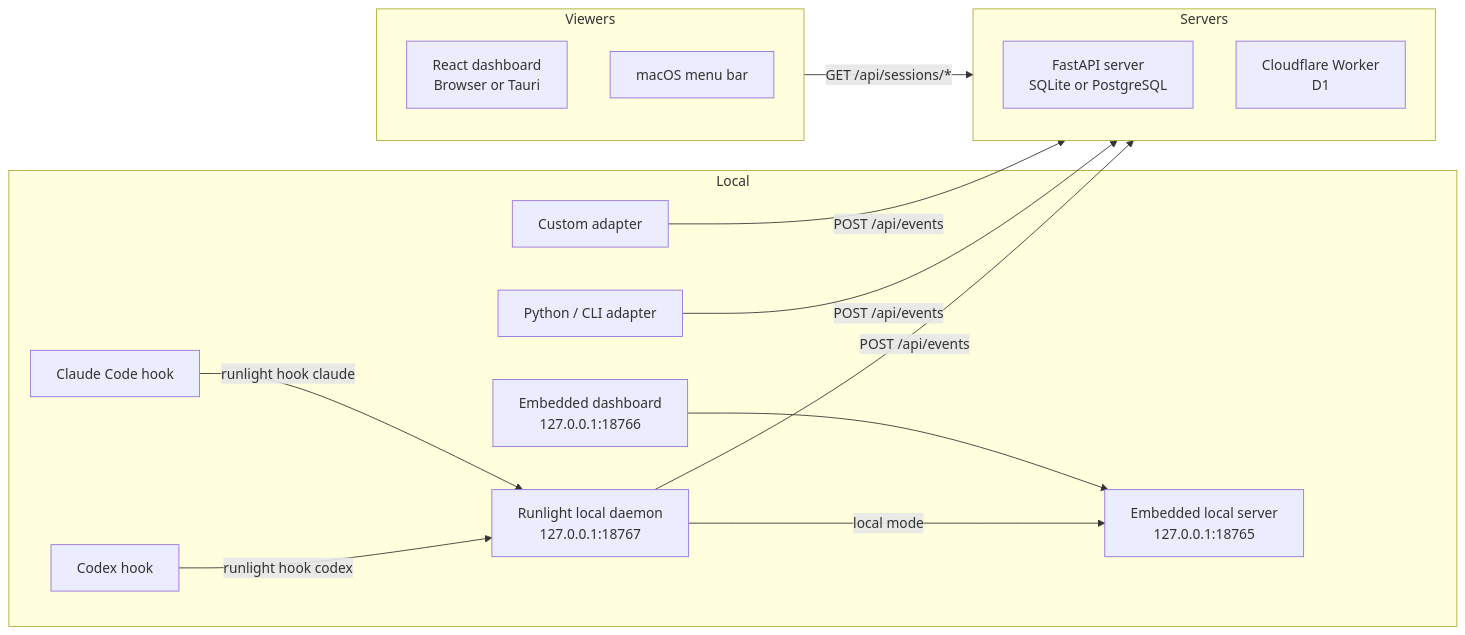
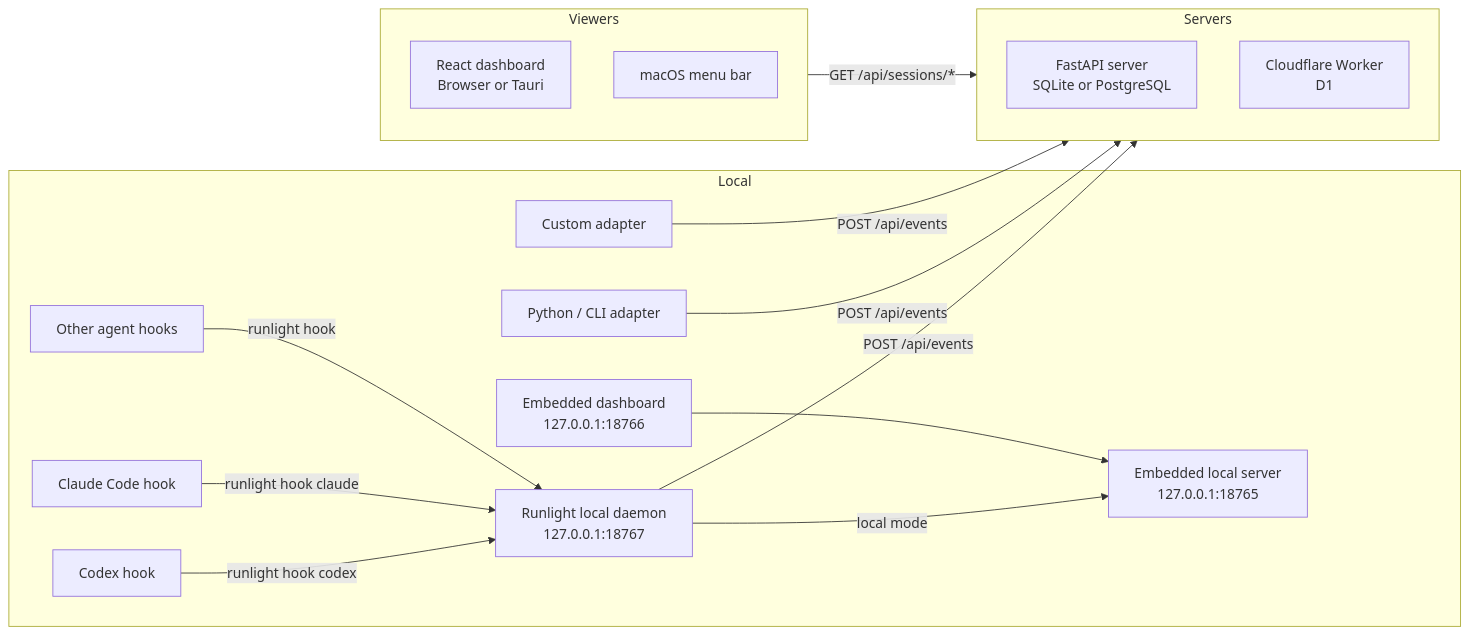
Before and after one commit to Renaissance-Mind/Runlight: the diagram in README.md, drawn with Mermaid. The commit also changed other lines of this file and 21 other files, not shown here.

````diff
--- a/README.md
+++ b/README.md
@@ -55,31 +56,33 @@
 ```mermaid
 flowchart LR
   subgraph Local
     Codex["Codex hook"]
     Claude["Claude Code hook"]
+    Agents["Other agent hooks"]
     Daemon["Runlight local daemon<br/>127.0.0.1:18767"]
     LocalServer["Embedded local server<br/>127.0.0.1:18765"]
     LocalDashboard["Embedded dashboard<br/>127.0.0.1:18766"]
     Python["Python / CLI adapter"]
     Custom["Custom adapter"]
   end
 
   subgraph Servers
     FastAPI["FastAPI server<br/>SQLite or PostgreSQL"]
     Worker["Cloudflare Worker<br/>D1"]
   end
 
   subgraph Viewers
     Dashboard["React dashboard<br/>Browser or Tauri"]
     Menubar["macOS menu bar"]
   end
 
   Codex -->|"runlight hook codex"| Daemon
   Claude -->|"runlight hook claude"| Daemon
+  Agents -->|"runlight hook <agent>"| Daemon
   Daemon -->|"local mode"| LocalServer
   LocalDashboard --> LocalServer
   Daemon -->|"POST /api/events"| Servers
   Python -->|"POST /api/events"| Servers
   Custom -->|"POST /api/events"| Servers
   Viewers -->|"GET /api/sessions/*"| Servers
 ```
````
